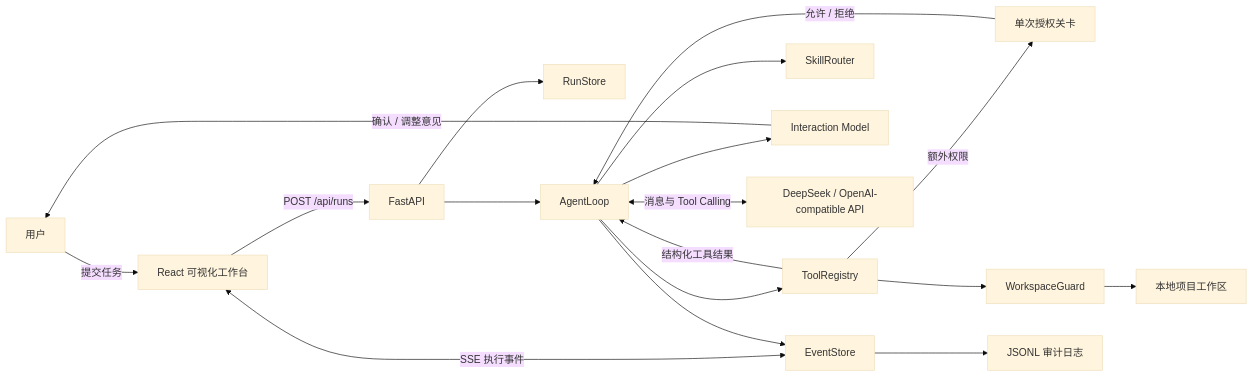
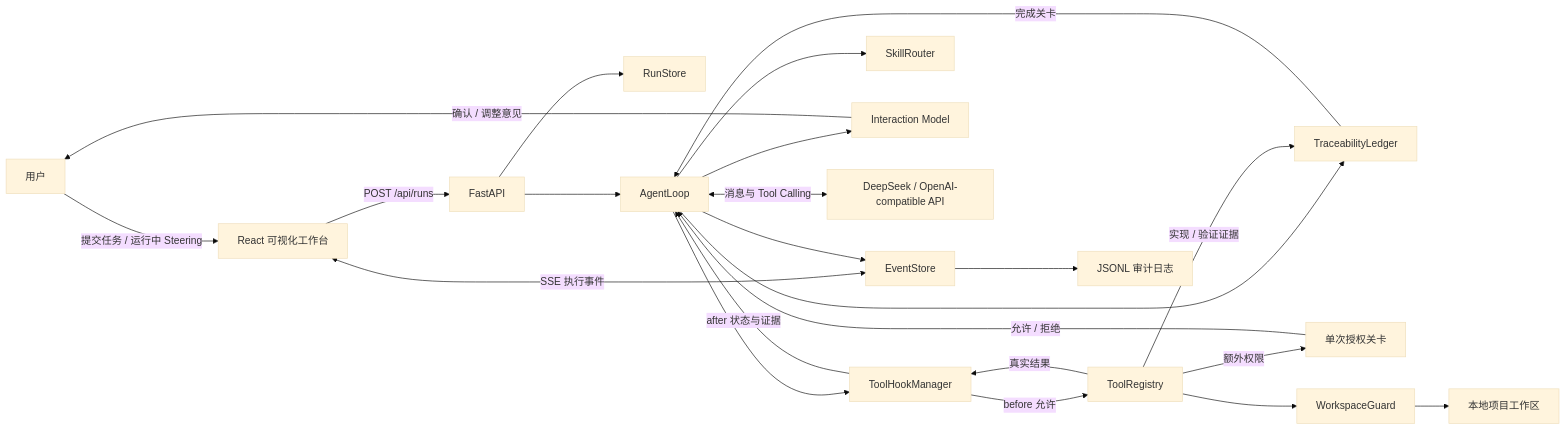
One commit to DouJiangLover/mini-coding-agent changed the first of 2 diagrams in docs/ARCHITECTURE.md. Above: the diagram before and after it, drawn with Mermaid (base theme). The commit also changed other lines of this file and 55 other files, not shown here.

````diff
--- a/docs/ARCHITECTURE.md
+++ b/docs/ARCHITECTURE.md
@@ -13,20 +13,25 @@
 ```mermaid
 flowchart LR
-    U[用户] -->|提交任务| F[React 可视化工作台]
+    U[用户] -->|提交任务 / 运行中 Steering| F[React 可视化工作台]
     F -->|POST /api/runs| A[FastAPI]
     F <-->|SSE 执行事件| E[EventStore]
     A --> R[RunStore]
     A --> L[AgentLoop]
     L --> S[SkillRouter]
     L --> I[Interaction Model]
     I -->|确认 / 调整意见| U
     L <-->|消息与 Tool Calling| M[DeepSeek / OpenAI-compatible API]
-    L --> T[ToolRegistry]
+    L --> H[ToolHookManager]
+    H -->|before 允许| T[ToolRegistry]
+    T -->|真实结果| H
+    H -->|after 状态与证据| L
+    L --> Q[TraceabilityLedger]
     T -->|额外权限| P[单次授权关卡]
     P -->|允许 / 拒绝| L
     T --> G[WorkspaceGuard]
     G --> W[本地项目工作区]
-    T -->|结构化工具结果| L
+    T -->|实现 / 验证证据| Q
+    Q -->|完成关卡| L
     L --> E
     E --> J[JSONL 审计日志]
 ```
````
